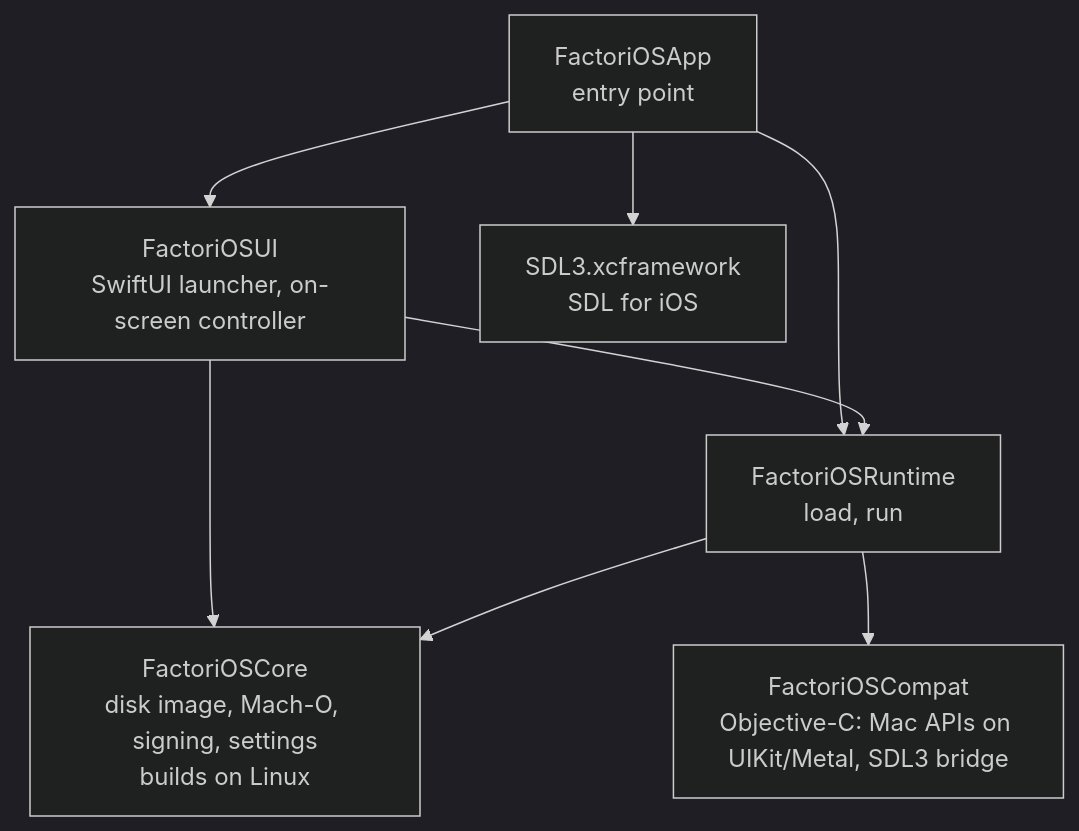
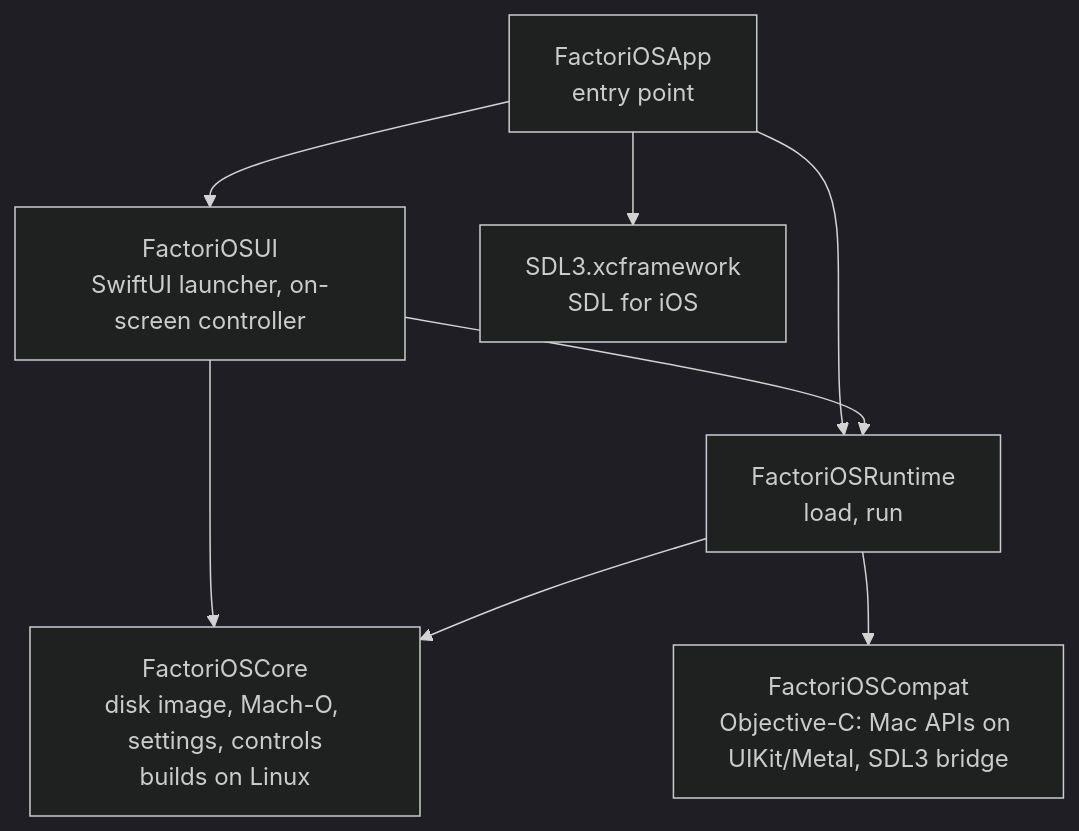
One commit to klesersurovyj-a11y/factorios changed the first of 2 diagrams in docs/architecture.md. Above: the diagram before and after it, drawn with Mermaid (dark theme). The commit also changed other lines of this file and 56 other files, not shown here.

````diff
--- a/docs/architecture.md
+++ b/docs/architecture.md
@@ -6,10 +6,10 @@
 ```mermaid
 flowchart TB
     App[FactoriOSApp<br/>entry point] --> UI[FactoriOSUI<br/>SwiftUI launcher, on-screen controller]
     App --> Runtime
     UI --> Runtime[FactoriOSRuntime<br/>load, run]
     UI --> Core
-    Runtime --> Core[FactoriOSCore<br/>disk image, Mach-O, signing, settings<br/>builds on Linux]
+    Runtime --> Core[FactoriOSCore<br/>disk image, Mach-O, settings, controls<br/>builds on Linux]
     Runtime --> Compat[FactoriOSCompat<br/>Objective-C: Mac APIs on UIKit/Metal, SDL3 bridge]
     App --> SDL[SDL3.xcframework<br/>SDL for iOS]
 ```
````
